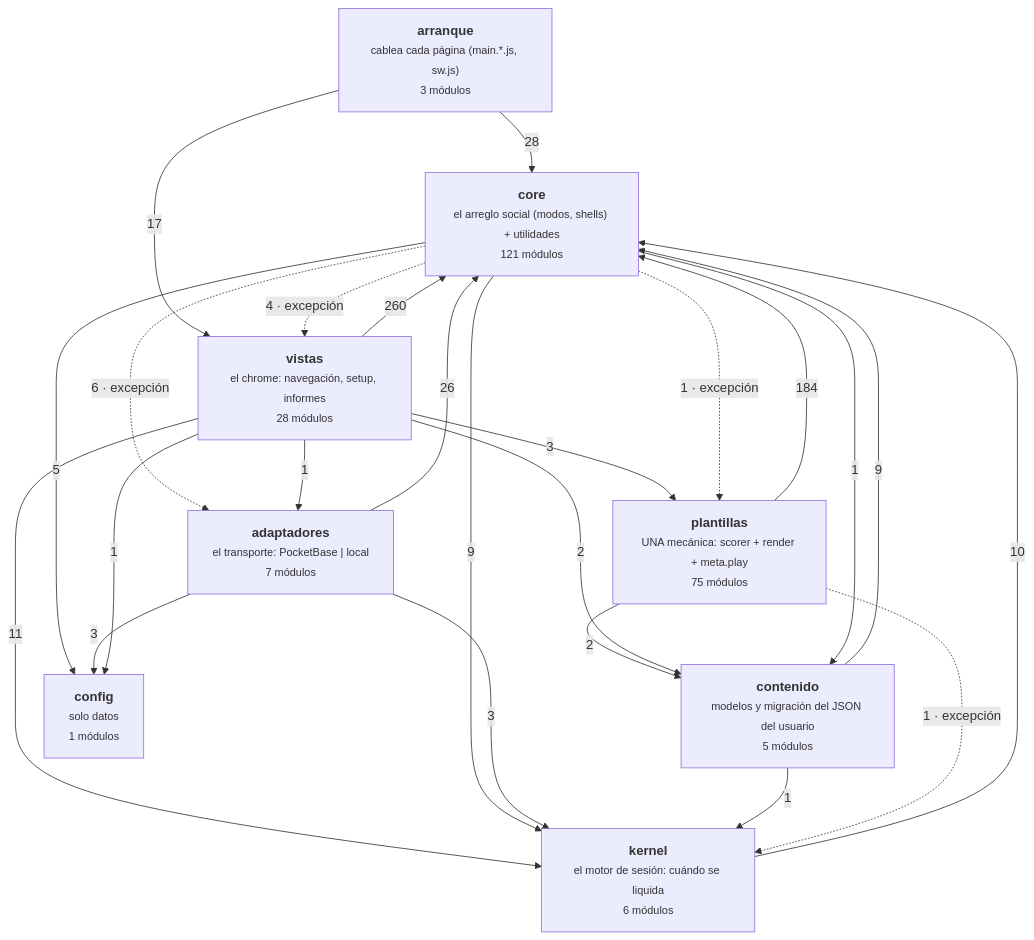
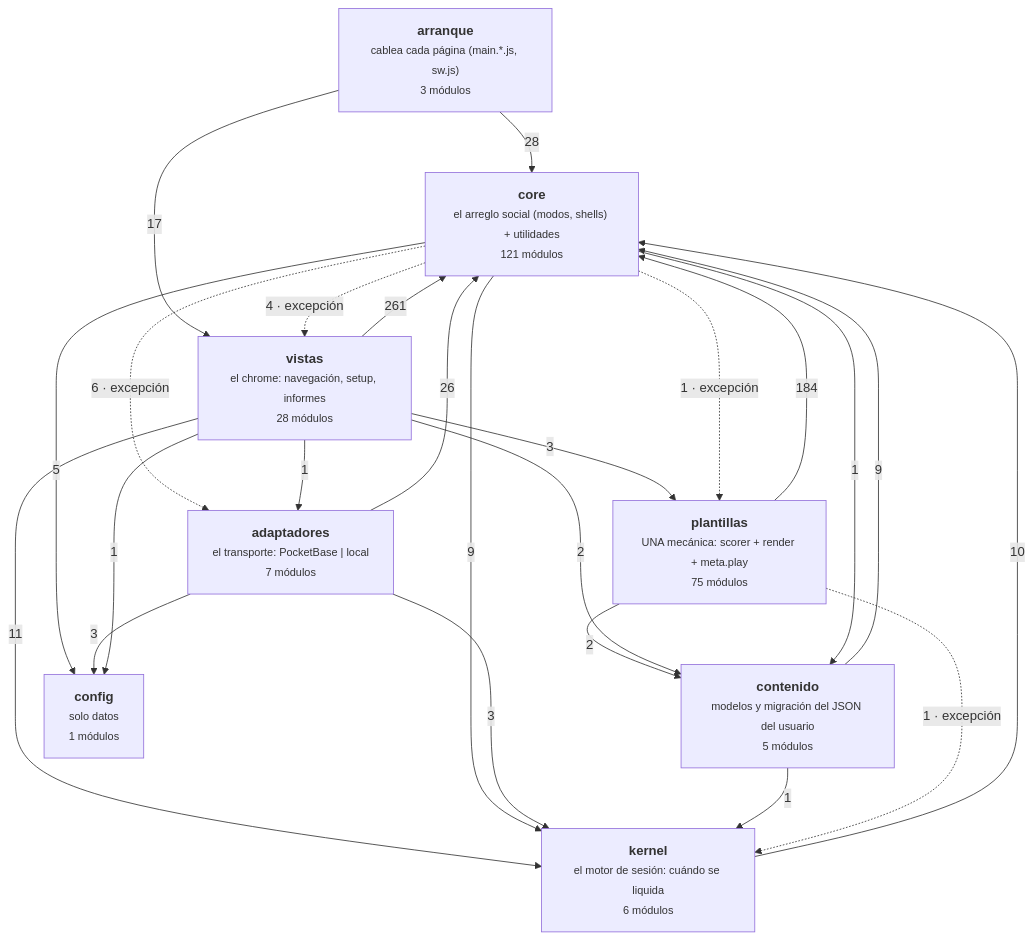
Before and after one commit to duecaz/ac: the diagram in docs/arquitectura-modulos.md, drawn with Mermaid. The commit also changed other lines of this file and 8 other files, not shown here.

````diff
--- a/docs/arquitectura-modulos.md
+++ b/docs/arquitectura-modulos.md
@@ -54,34 +54,34 @@
 ```mermaid
 graph TD
   A["<b>arranque</b><br/><small>cablea cada página (main.*.js, sw.js)</small><br/><small>3 módulos</small>"]
   V["<b>vistas</b><br/><small>el chrome: navegación, setup, informes</small><br/><small>28 módulos</small>"]
   AD["<b>adaptadores</b><br/><small>el transporte: PocketBase | local</small><br/><small>7 módulos</small>"]
   C["<b>core</b><br/><small>el arreglo social (modos, shells) + utilidades</small><br/><small>121 módulos</small>"]
   K["<b>kernel</b><br/><small>el motor de sesión: cuándo se liquida</small><br/><small>6 módulos</small>"]
   T["<b>plantillas</b><br/><small>UNA mecánica: scorer + render + meta.play</small><br/><small>75 módulos</small>"]
   CO["<b>contenido</b><br/><small>modelos y migración del JSON del usuario</small><br/><small>5 módulos</small>"]
   CF["<b>config</b><br/><small>solo datos</small><br/><small>1 módulos</small>"]
-  V -->|260| C
+  V -->|261| C
   T -->|184| C
   A -->|28| C
   AD -->|26| C
   A -->|17| V
   V -->|11| K
   K -->|10| C
   C -->|9| K
   CO -->|9| C
   C -.->|6 · excepción| AD
   C -->|5| CF
   C -.->|4 · excepción| V
   AD -->|3| CF
   AD -->|3| K
   V -->|3| T
   T -->|2| CO
   V -->|2| CO
   C -.->|1 · excepción| T
   C -->|1| CO
   CO -->|1| K
   T -.->|1 · excepción| K
   V -->|1| AD
   V -->|1| CF
 ```
````
